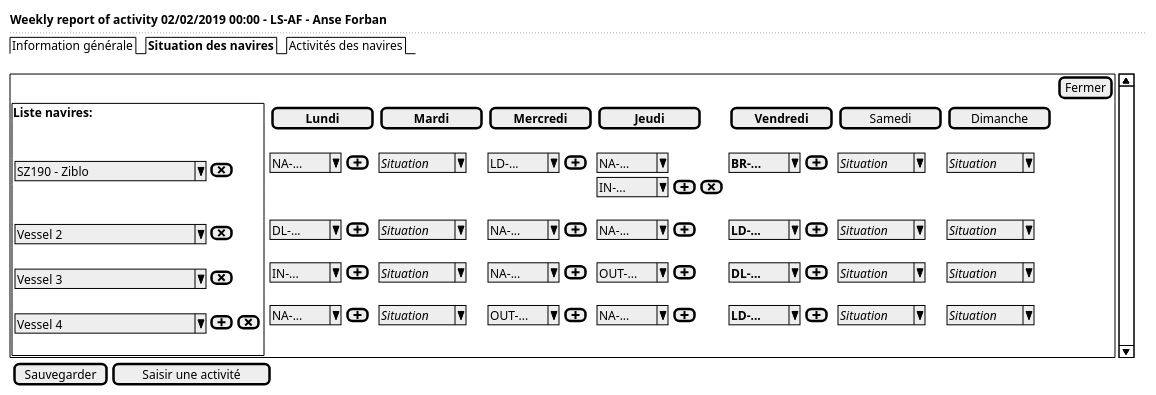
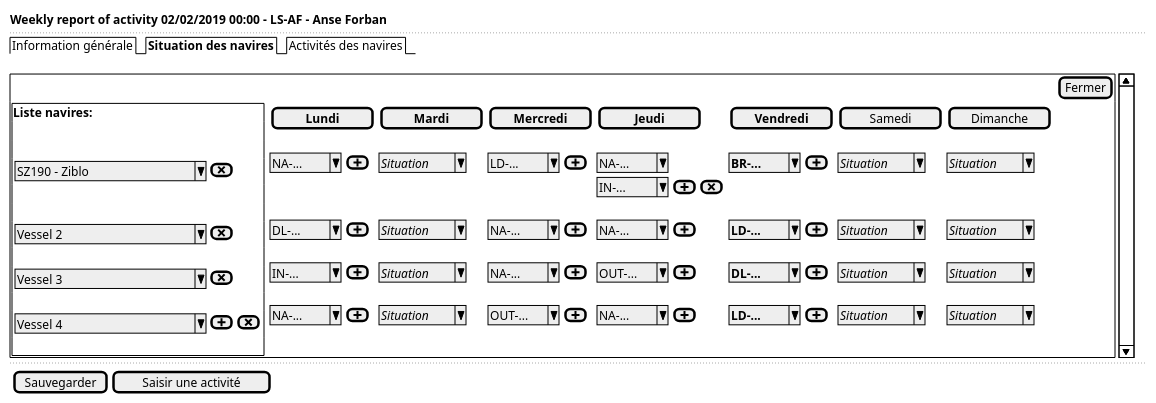
The diagram in use-case/collect/weekly/weekly-ui-situation-desktop.puml (sumaris-net/sumaris-doc), drawn with PlantUML before and after one commit. The commit also changed 4 other files, not shown here.

```diff
--- a/use-case/collect/weekly/weekly-ui-situation-desktop.puml
+++ b/use-case/collect/weekly/weekly-ui-situation-desktop.puml
@@ -1,42 +1,43 @@
 @startsalt
 {
   <b>Weekly report of activity 02/02/2019 00:00 - LS-AF - Anse Forban
   ..
   {/ Information générale | <b>Situation des navires | Activités des navires }
   .
   {SI .| .| [Fermer]
       {
       {+
           <b>Liste navires:
           .
           .
           {{ ^SZ190 - Ziblo         ^ | [<&x>]}}
           .
           .
           {{ ^Vessel 2              ^ | [<&x>]}}
           .
           {{ ^Vessel 3              ^ | [<&x>]}}
           .
           {{ ^Vessel 4              ^ | [<&plus>] | [<&x>]}}
           .
       }
       } |
       {
           {
             {[<b>Lundi       ]} | {[<b>Mardi       ]} | {[<b>Mercredi    ]} | {[<b>Jeudi       ]} | {[<b>Vendredi    ]} | {[Samedi      ]} | {[Dimanche    ]}
             .
             { ^NA-... ^ | {[<&plus>]}} | { ^<i>Situation^} | { ^LD-... ^| {[<&plus>]}} | { ^NA-... ^} | { ^<b>BR-... ^| {[<&plus>]}} | { ^<i>Situation^} | { ^<i>Situation^}
             .           | .            | .                 | { ^IN-... ^  | {[<&plus>] | [<&x>]}}     | .                            | .                 | .
             .
             { ^DL-... ^| {[<&plus>]}} | { ^<i>Situation^} | { ^NA-... ^| {[<&plus>]}} | { ^NA-... ^| {[<&plus>]}} | { ^<b>LD-... ^| {[<&plus>]}} | { ^<i>Situation^} |  { ^<i>Situation^}
             .
             { ^IN-... ^| {[<&plus>]}} | { ^<i>Situation^} | { ^NA-... ^| {[<&plus>]}} | { ^OUT-...^| {[<&plus>]}} | { ^<b>DL-... ^| {[<&plus>]}} | { ^<i>Situation^} |  { ^<i>Situation^}
             .
             { ^NA-... ^| {[<&plus>]}} | { ^<i>Situation^} | { ^OUT-...^| {[<&plus>]}} | { ^NA-... ^| {[<&plus>]}} | { ^<b>LD-... ^| {[<&plus>]}} | { ^<i>Situation^} |  { ^<i>Situation^}
             .
           }
       }
   }
+  ..
   {{[Sauvegarder] | [Saisir une activité]}}
 }
 @endsalt
```
